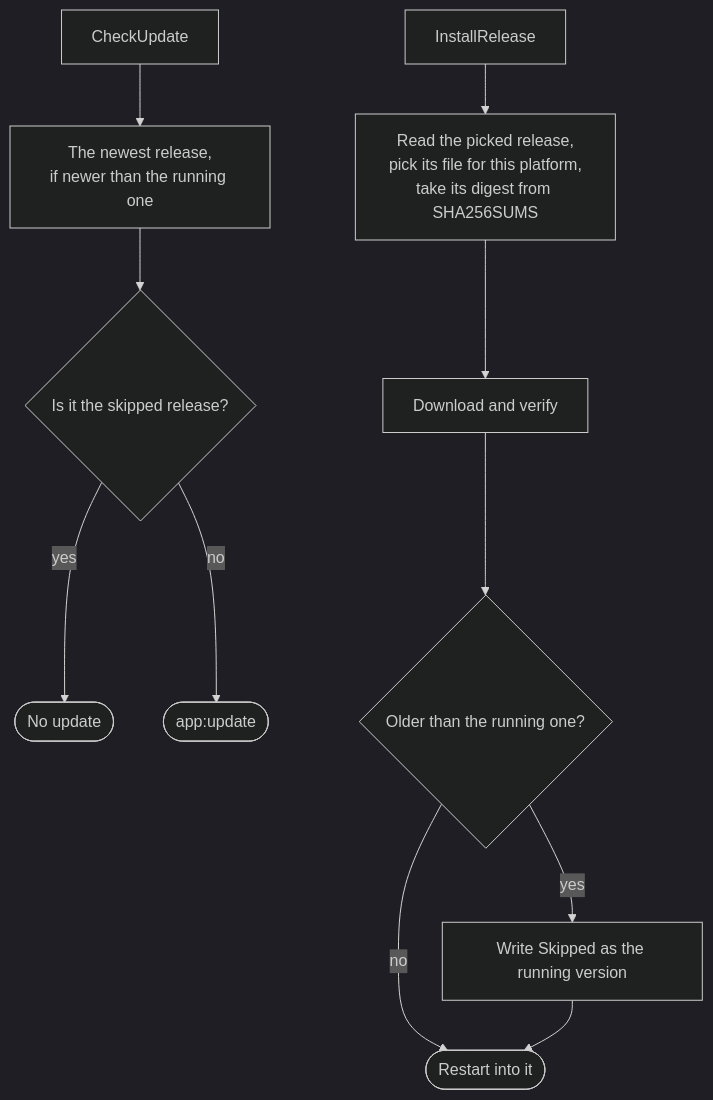
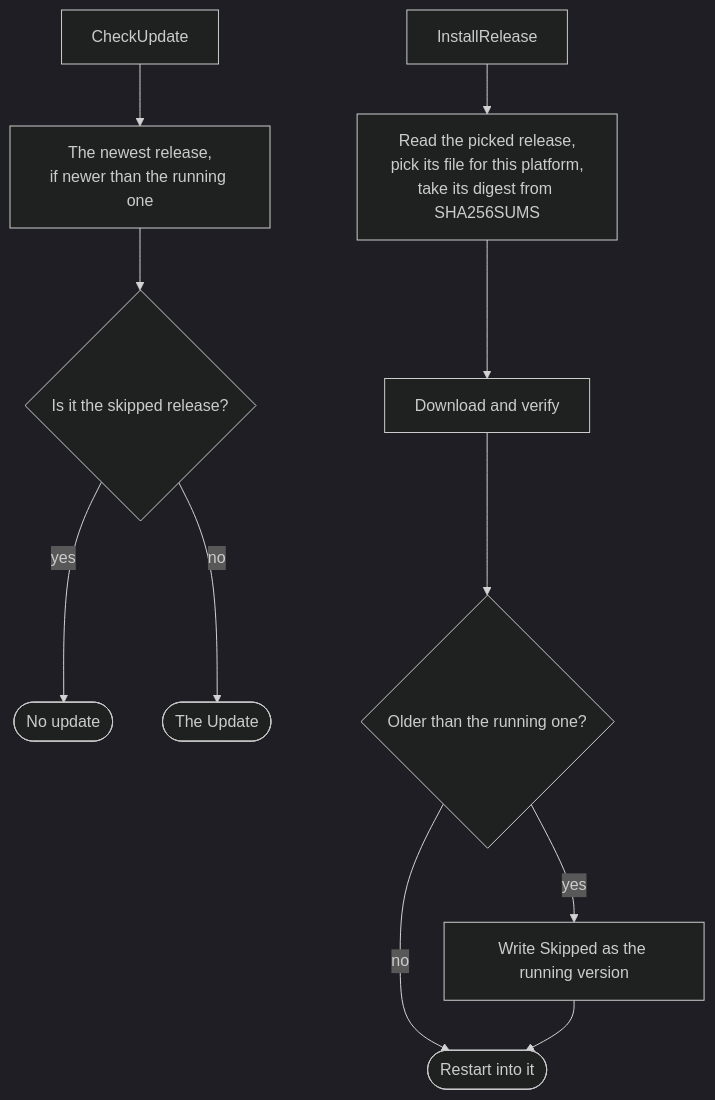
The diagram in services/app/README.md (idodavis/paradox-modding-tools), drawn with Mermaid (dark theme) before and after one commit. The commit also changed other lines of this file and 11 other files, not shown here.

````diff
--- a/services/app/README.md
+++ b/services/app/README.md
@@ -55,13 +59,13 @@
 ```mermaid
 flowchart TD
   check["CheckUpdate"] --> latest["The newest release,<br/>if newer than the running one"]
   latest --> skipped{"Is it the skipped release?"}
   skipped -->|yes| none(["No update"])
-  skipped -->|no| offer(["app:update"])
+  skipped -->|no| offer(["The Update"])
   install["InstallRelease"] --> tag["Read the picked release,<br/>pick its file for this platform,<br/>take its digest from SHA256SUMS"]
   tag --> fetch["Download and verify"]
   fetch --> older{"Older than the running one?"}
   older -->|yes| skip["Write Skipped as the running version"]
   older -->|no| restart(["Restart into it"])
   skip --> restart
 ```
````
